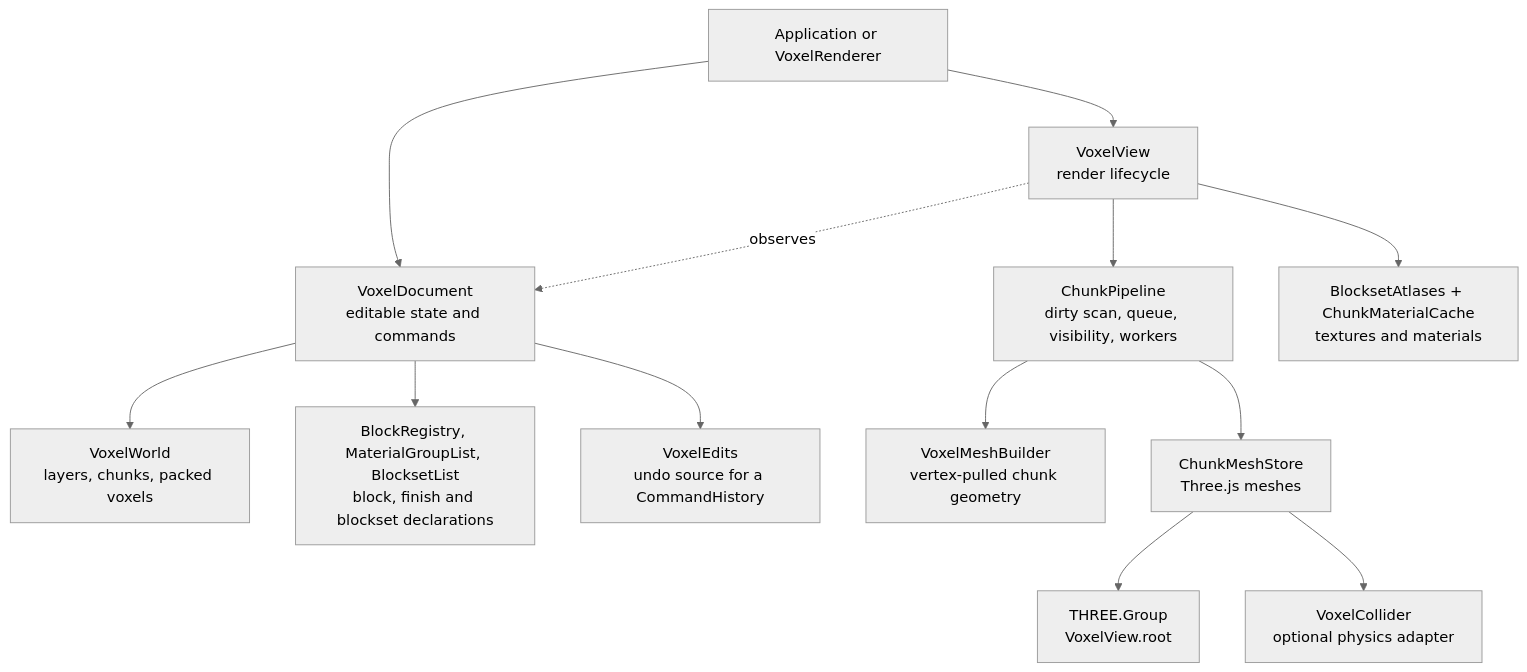
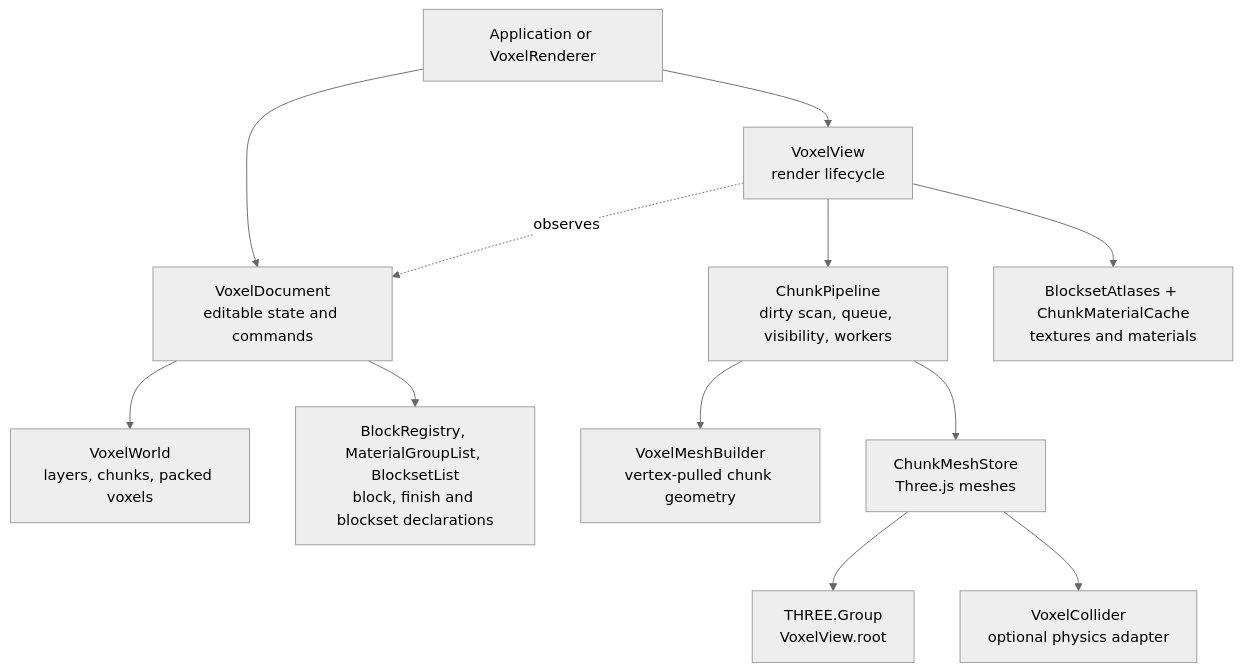
One commit to JollyPixel/editor changed the first of 4 diagrams in packages/voxel-renderer/ARCHITECTURE.md. Above: the diagram before and after it, drawn with Mermaid (neutral theme). The commit also changed other lines of this file and 107 other files, not shown here.

````diff
--- a/packages/voxel-renderer/ARCHITECTURE.md
+++ b/packages/voxel-renderer/ARCHITECTURE.md
@@ -12,17 +12,16 @@
 ```mermaid
 flowchart TB
     App["Application or VoxelRenderer"] --> Document["VoxelDocument<br/>editable state and commands"]
     App --> View["VoxelView<br/>render lifecycle"]
     View -. "observes" .-> Document
 
     Document --> World["VoxelWorld<br/>layers, chunks, packed voxels"]
     Document --> Definitions["BlockRegistry, MaterialGroupList, BlocksetList<br/>block, finish and blockset declarations"]
-    Document --> History["VoxelEdits<br/>undo source for a CommandHistory"]
 
     View --> Pipeline["ChunkPipeline<br/>dirty scan, queue, visibility, workers"]
     View --> Atlases["BlocksetAtlases + ChunkMaterialCache<br/>textures and materials"]
     Pipeline --> Builder["VoxelMeshBuilder<br/>vertex-pulled chunk geometry"]
     Pipeline --> Store["ChunkMeshStore<br/>Three.js meshes"]
     Store --> Root["THREE.Group<br/>VoxelView.root"]
     Store --> Collider["VoxelCollider<br/>optional physics adapter"]
 ```
````
